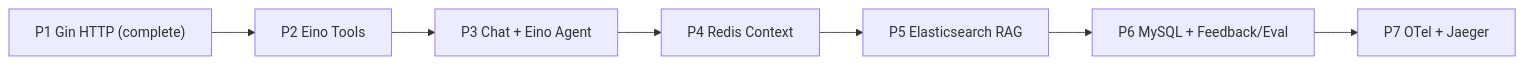
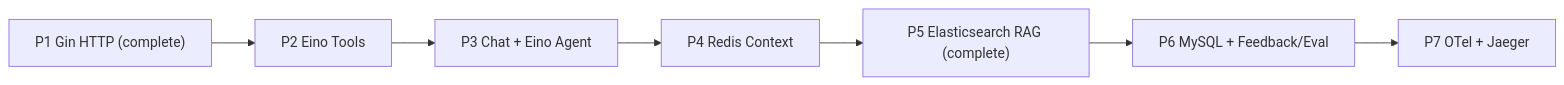
One commit to jiawei-wang-dev/WatchOps-Lite changed the diagram in docs/ROADMAP.md. Above: the diagram before and after it, drawn with Mermaid. The commit also changed other lines of this file and 30 other files, not shown here.

First line of the commit message:
feat: add Elasticsearch-backed knowledge RAG

````diff
--- a/docs/ROADMAP.md
+++ b/docs/ROADMAP.md
@@ -159,9 +161,9 @@
 ```mermaid
 flowchart LR
     P1["P1 Gin HTTP (complete)"] --> P2["P2 Eino Tools"]
     P2 --> P3["P3 Chat + Eino Agent"]
     P3 --> P4["P4 Redis Context"]
-    P4 --> P5["P5 Elasticsearch RAG"]
+    P4 --> P5["P5 Elasticsearch RAG (complete)"]
     P5 --> P6["P6 MySQL + Feedback/Eval"]
     P6 --> P7["P7 OTel + Jaeger"]
 ```
````
